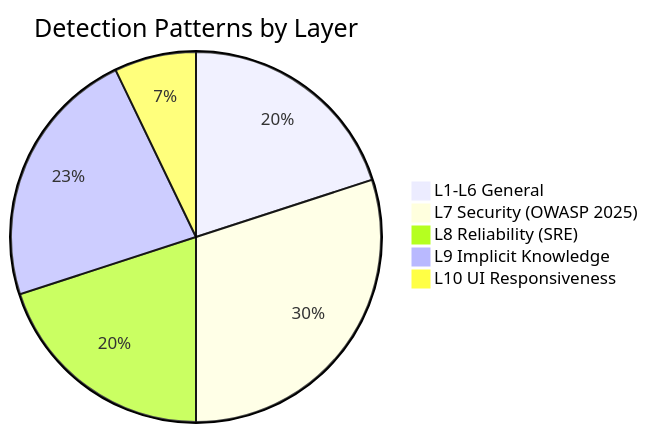
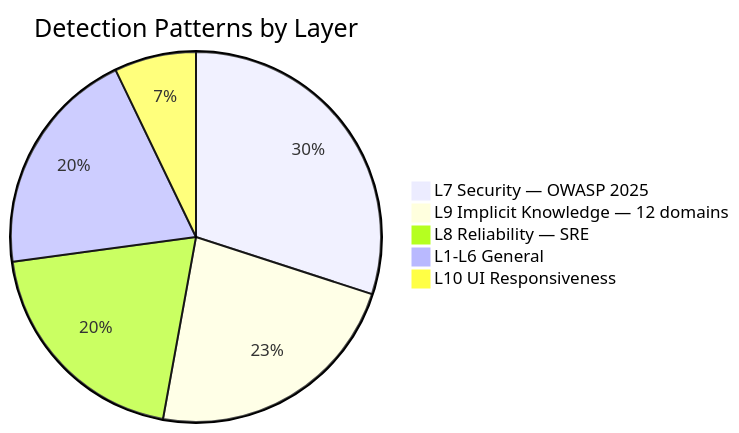
One commit to ohyesiamy/web-anomaly-detector changed diagram 12 of 17 in README.md. Above: the diagram before and after it, drawn with Mermaid. The commit also changed other lines of this file and 1 other file, not shown here.

First line of the commit message:
docs: Mermaid ダイアグラムでビジュアル大幅強化

````diff
--- a/README.md
+++ b/README.md
@@ -341,8 +460,8 @@
 ```mermaid
 pie title Detection Patterns by Layer
+    "L7 Security — OWASP 2025" : 42
+    "L9 Implicit Knowledge — 12 domains" : 32
+    "L8 Reliability — SRE" : 28
     "L1-L6 General" : 28
-    "L7 Security (OWASP 2025)" : 42
-    "L8 Reliability (SRE)" : 28
-    "L9 Implicit Knowledge" : 32
     "L10 UI Responsiveness" : 10
 ```
````
